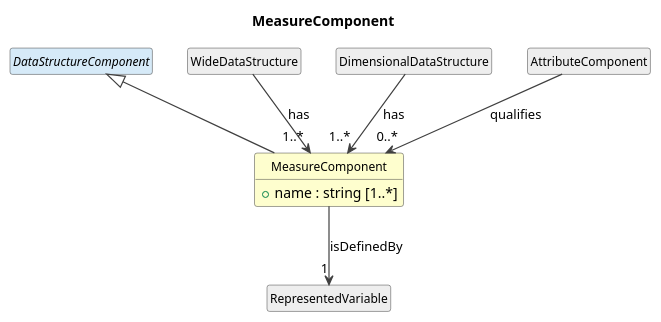
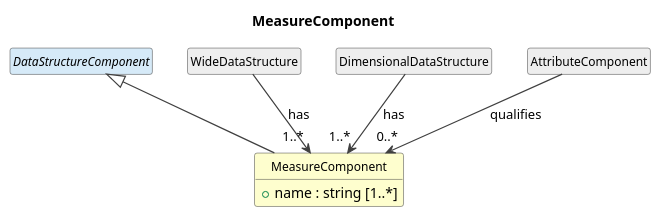
One commit to Cross-Domain-Interoperability-Framework/metadataBuildingBlocks changed the diagram in cdif-uml-model/_plantuml/cdifDataStructure/Classes/MeasureComponent.pu. Above: the diagram before and after it, drawn with PlantUML. The commit also changed 54 other files, not shown here.

Commit message:
Regenerate UML model browser: component isDefinedBy refactor

```diff
--- a/cdif-uml-model/_plantuml/cdifDataStructure/Classes/MeasureComponent.pu
+++ b/cdif-uml-model/_plantuml/cdifDataStructure/Classes/MeasureComponent.pu
@@ -1,27 +1,25 @@
 @startuml
 title MeasureComponent
 hide circle
 hide empty members
 skinparam shadowing false
 skinparam ArrowThickness 1.2
 skinparam class {
   ArrowColor #404040
   BorderColor #404040
   FontSize 12
 }
 
 class "MeasureComponent" as MeasureComponent #FEFECE {
   +name : string [1..*]
 }
 abstract class "DataStructureComponent" as DataStructureComponent #D6EAF8
 DataStructureComponent <|-- MeasureComponent
 class "WideDataStructure" as WideDataStructure #EEEEEE
 WideDataStructure --> "1..*" MeasureComponent : has
 class "DimensionalDataStructure" as DimensionalDataStructure #EEEEEE
 DimensionalDataStructure --> "1..*" MeasureComponent : has
-class "RepresentedVariable" as RepresentedVariable #EEEEEE
-MeasureComponent --> "1" RepresentedVariable : isDefinedBy
 class "AttributeComponent" as AttributeComponent #EEEEEE
 AttributeComponent --> "0..*" MeasureComponent : qualifies
 
 @enduml
```
